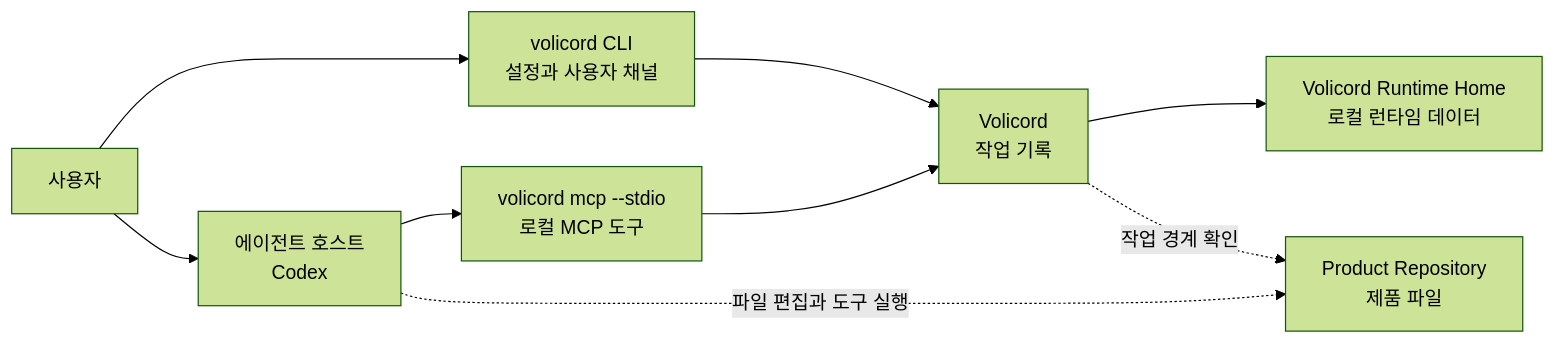
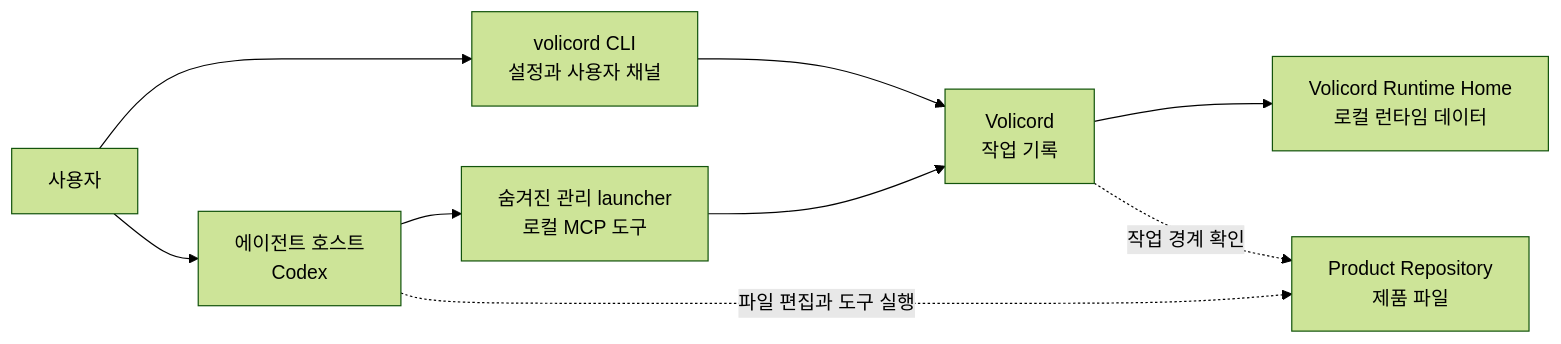
Before and after one commit to minjungw00/Volicord: the first of 2 diagrams in README.ko.md, drawn with Mermaid (forest theme). The commit also changed 55 other files, not shown here.

````diff
--- a/README.ko.md
+++ b/README.ko.md
@@ -144,19 +144,19 @@
 ```mermaid
 flowchart LR
   user["사용자"]
   host["에이전트 호스트<br/>Codex"]
-  mcp["volicord mcp --stdio<br/>로컬 MCP 도구"]
+  mcp["숨겨진 관리 launcher<br/>로컬 MCP 도구"]
   record["Volicord<br/>작업 기록"]
   runtime["Volicord Runtime Home<br/>로컬 런타임 데이터"]
   repo["Product Repository<br/>제품 파일"]
   cli["volicord CLI<br/>설정과 사용자 채널"]
 
   user --> host
   host --> mcp
   mcp --> record
   record --> runtime
   user --> cli
   cli --> record
   host -. 파일 편집과 도구 실행 .-> repo
   record -. 작업 경계 확인 .-> repo
 ```
````
